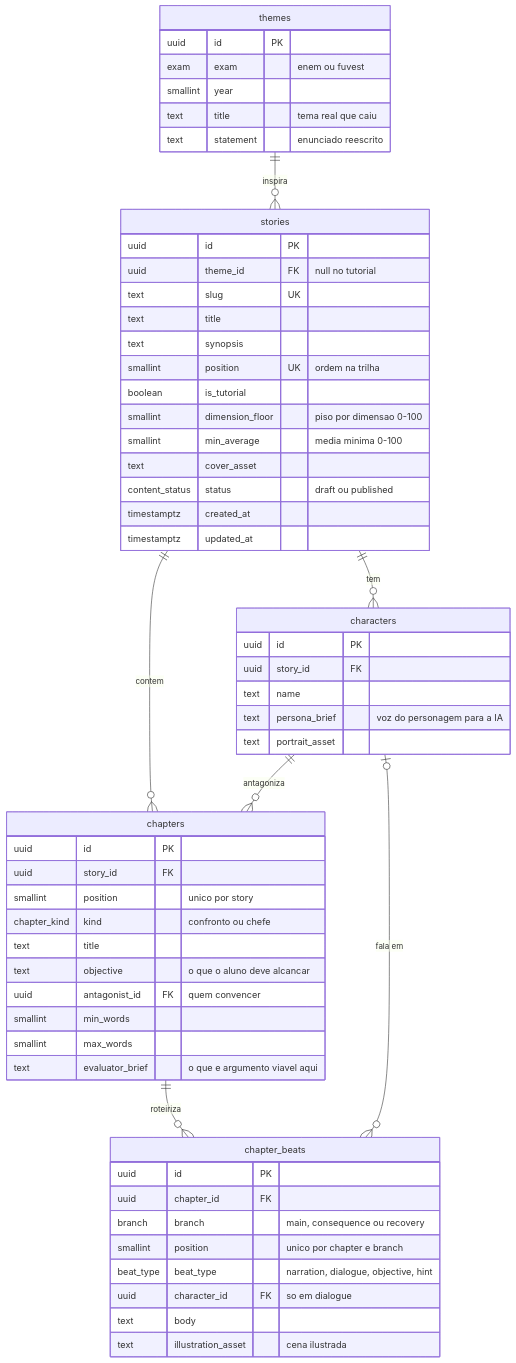
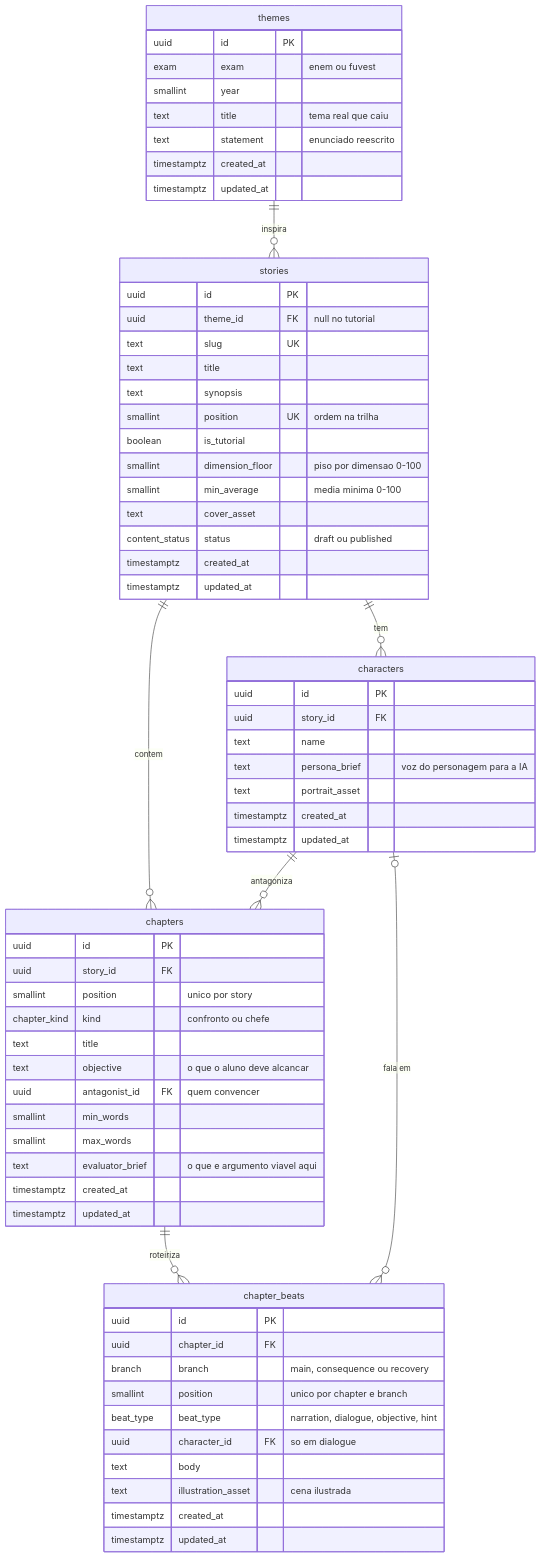
The third of 5 diagrams in docs/DER.md (kaualimadesouza/argumenta-api), drawn with Mermaid before and after one commit. The commit also changed other lines of this file, not shown here.

````diff
--- a/docs/DER.md
+++ b/docs/DER.md
@@ -84,60 +107,68 @@
 ```mermaid
 erDiagram
   themes {
     uuid id PK
     exam exam "enem ou fuvest"
     smallint year
     text title "tema real que caiu"
     text statement "enunciado reescrito"
+    timestamptz created_at
+    timestamptz updated_at
   }
   stories {
     uuid id PK
     uuid theme_id FK "null no tutorial"
     text slug UK
     text title
     text synopsis
     smallint position UK "ordem na trilha"
     boolean is_tutorial
     smallint dimension_floor "piso por dimensao 0-100"
     smallint min_average "media minima 0-100"
     text cover_asset
     content_status status "draft ou published"
     timestamptz created_at
     timestamptz updated_at
   }
   characters {
     uuid id PK
     uuid story_id FK
     text name
     text persona_brief "voz do personagem para a IA"
     text portrait_asset
+    timestamptz created_at
+    timestamptz updated_at
   }
   chapters {
     uuid id PK
     uuid story_id FK
     smallint position "unico por story"
     chapter_kind kind "confronto ou chefe"
     text title
     text objective "o que o aluno deve alcancar"
     uuid antagonist_id FK "quem convencer"
     smallint min_words
     smallint max_words
     text evaluator_brief "o que e argumento viavel aqui"
+    timestamptz created_at
+    timestamptz updated_at
   }
   chapter_beats {
     uuid id PK
     uuid chapter_id FK
     branch branch "main, consequence ou recovery"
     smallint position "unico por chapter e branch"
     beat_type beat_type "narration, dialogue, objective, hint"
     uuid character_id FK "so em dialogue"
     text body
     text illustration_asset "cena ilustrada"
+    timestamptz created_at
+    timestamptz updated_at
   }
   themes ||--o{ stories : "inspira"
   stories ||--o{ characters : "tem"
   stories ||--o{ chapters : "contem"
   characters ||--o{ chapters : "antagoniza"
   chapters ||--o{ chapter_beats : "roteiriza"
   characters |o--o{ chapter_beats : "fala em"
 ```
````
